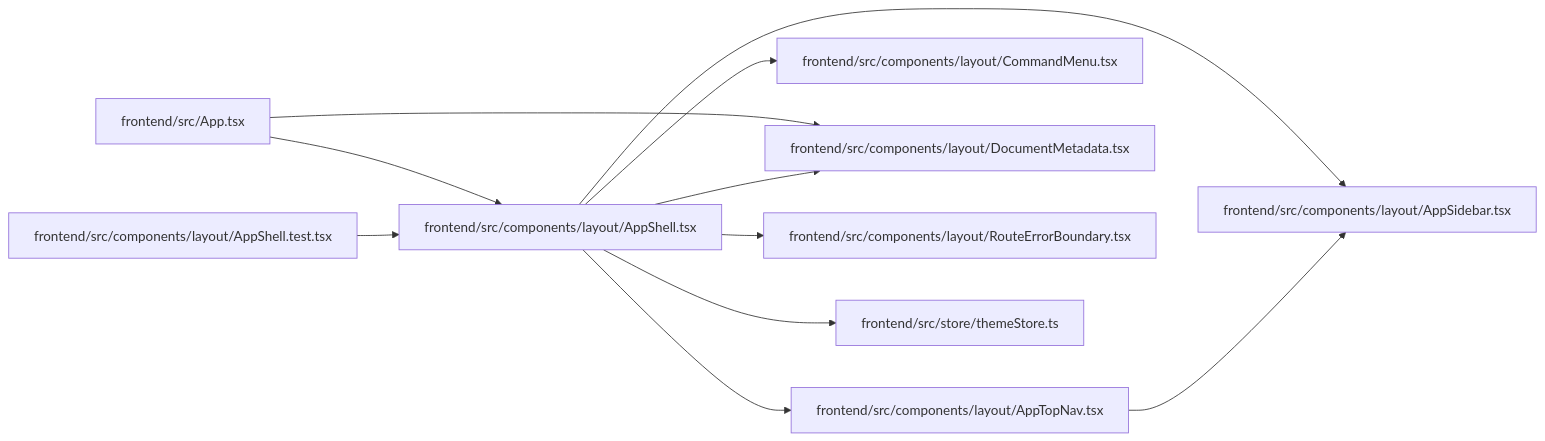
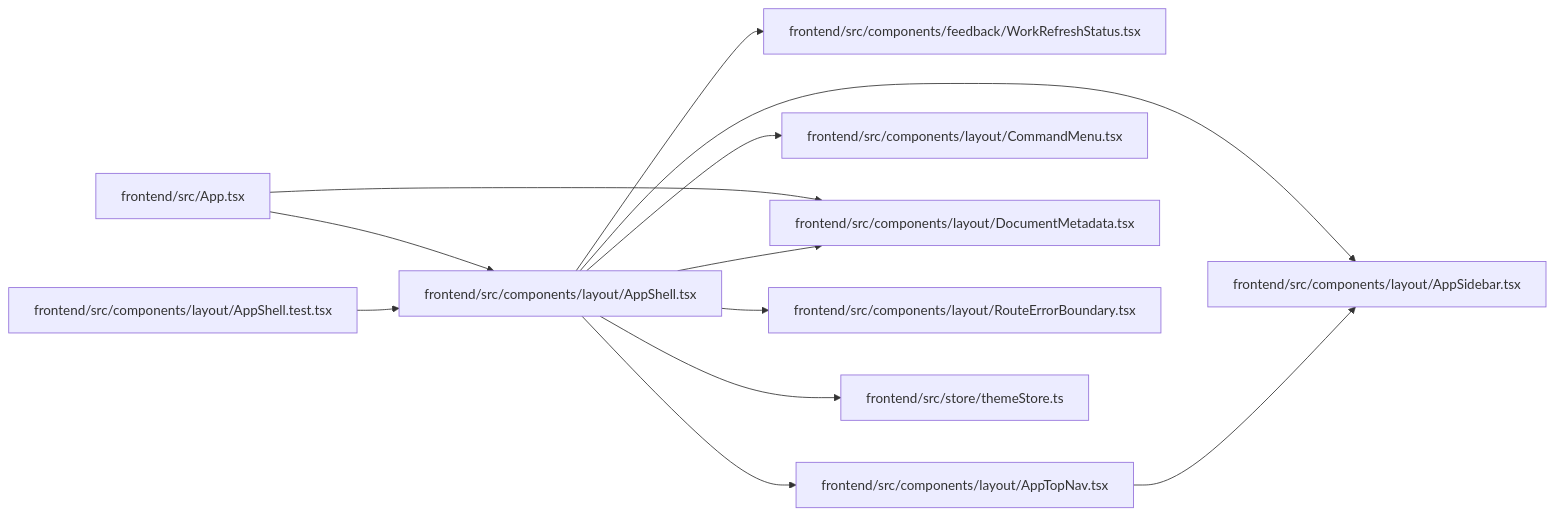
The diagram in docs/llm_wiki/modules/AppShell.md (Denissvgn/WorkChord), drawn with Mermaid before and after one commit. The commit also changed other lines of this file and 10148 other files, not shown here.

````diff
--- a/docs/llm_wiki/modules/AppShell.md
+++ b/docs/llm_wiki/modules/AppShell.md
@@ -34,31 +35,34 @@
 ```mermaid
 flowchart LR
     n0["frontend/src/App.tsx"]
-    n1["frontend/src/components/layout/AppShell.test.tsx"]
-    n2["frontend/src/components/layout/AppShell.tsx"]
-    n3["frontend/src/components/layout/AppSidebar.tsx"]
-    n4["frontend/src/components/layout/AppTopNav.tsx"]
-    n5["frontend/src/components/layout/CommandMenu.tsx"]
-    n6["frontend/src/components/layout/DocumentMetadata.tsx"]
-    n7["frontend/src/components/layout/RouteErrorBoundary.tsx"]
-    n8["frontend/src/store/themeStore.ts"]
-    n0 --> n2
-    n0 --> n6
-    n1 --> n2
+    n1["frontend/src/components/feedback/WorkRefreshStatus.tsx"]
+    n2["frontend/src/components/layout/AppShell.test.tsx"]
+    n3["frontend/src/components/layout/AppShell.tsx"]
+    n4["frontend/src/components/layout/AppSidebar.tsx"]
+    n5["frontend/src/components/layout/AppTopNav.tsx"]
+    n6["frontend/src/components/layout/CommandMenu.tsx"]
+    n7["frontend/src/components/layout/DocumentMetadata.tsx"]
+    n8["frontend/src/components/layout/RouteErrorBoundary.tsx"]
+    n9["frontend/src/store/themeStore.ts"]
+    n0 --> n3
+    n0 --> n7
     n2 --> n3
-    n2 --> n4
-    n2 --> n5
-    n2 --> n6
-    n2 --> n7
-    n2 --> n8
-    n4 --> n3
+    n3 --> n1
+    n3 --> n4
+    n3 --> n5
+    n3 --> n6
+    n3 --> n7
+    n3 --> n8
+    n3 --> n9
+    n5 --> n4
     click n0 "../modules/App.md"
-    click n1 "../modules/AppShell.test.md"
-    click n2 "../modules/AppShell.md"
-    click n3 "../modules/AppSidebar.md"
-    click n4 "../modules/AppTopNav.md"
-    click n5 "../modules/CommandMenu.md"
-    click n6 "../modules/DocumentMetadata.md"
-    click n7 "../modules/RouteErrorBoundary.md"
-    click n8 "../modules/themeStore.md"
+    click n1 "../modules/WorkRefreshStatus.md"
+    click n2 "../modules/AppShell.test.md"
+    click n3 "../modules/AppShell.md"
+    click n4 "../modules/AppSidebar.md"
+    click n5 "../modules/AppTopNav.md"
+    click n6 "../modules/CommandMenu.md"
+    click n7 "../modules/DocumentMetadata.md"
+    click n8 "../modules/RouteErrorBoundary.md"
+    click n9 "../modules/themeStore.md"
 ```
````
